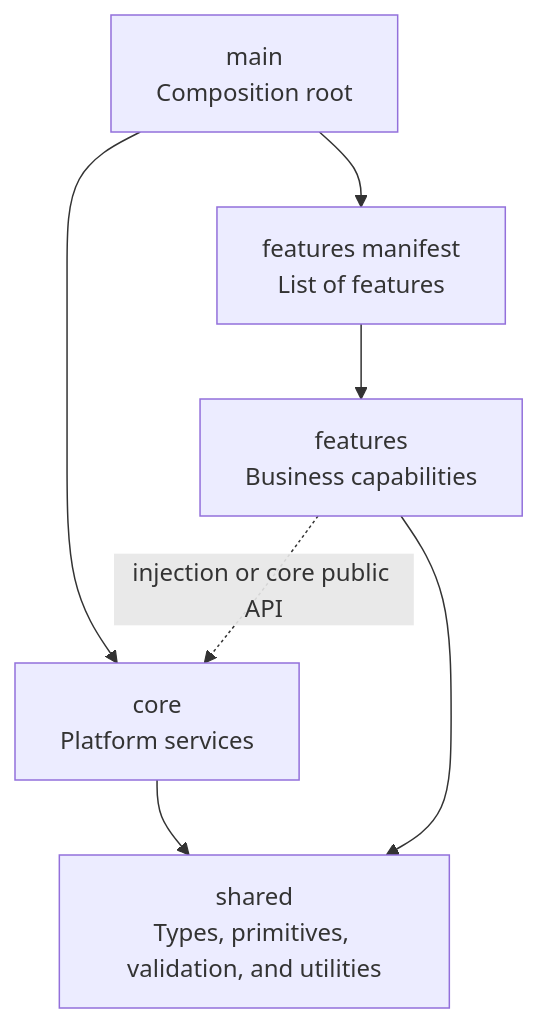
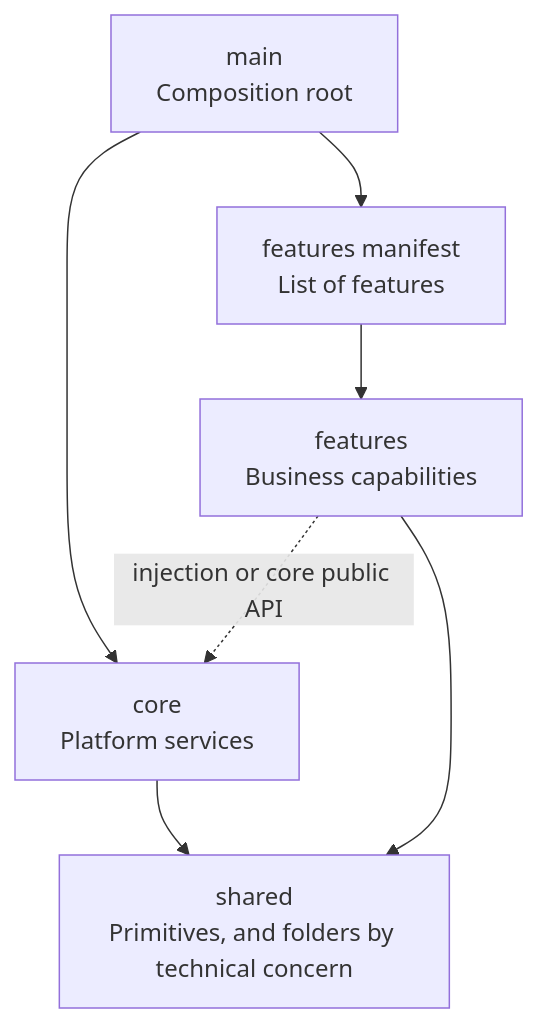
The second of 4 diagrams in docs/architect-system-foundation.md (AIDDbot/AIDDbot), drawn with Mermaid before and after one commit. The commit also changed other lines of this file and 7 other files, not shown here.

First line of the commit message:
refactor(skills): tighten /architect-system-foundation

````diff
--- a/docs/architect-system-foundation.md
+++ b/docs/architect-system-foundation.md
@@ -44,15 +44,15 @@
 ```mermaid
 flowchart TB
     MAIN[main<br/>Composition root]
     CORE[core<br/>Platform services]
     MANIFEST[features manifest<br/>List of features]
     FEATURES[features<br/>Business capabilities]
-    SHARED[shared<br/>Types, primitives, validation, and utilities]
+    SHARED[shared<br/>Primitives, and folders by technical concern]
 
     MAIN --> CORE
     MAIN --> MANIFEST
     MANIFEST --> FEATURES
     FEATURES -. injection or core public API .-> CORE
     CORE --> SHARED
     FEATURES --> SHARED
 ```
````
